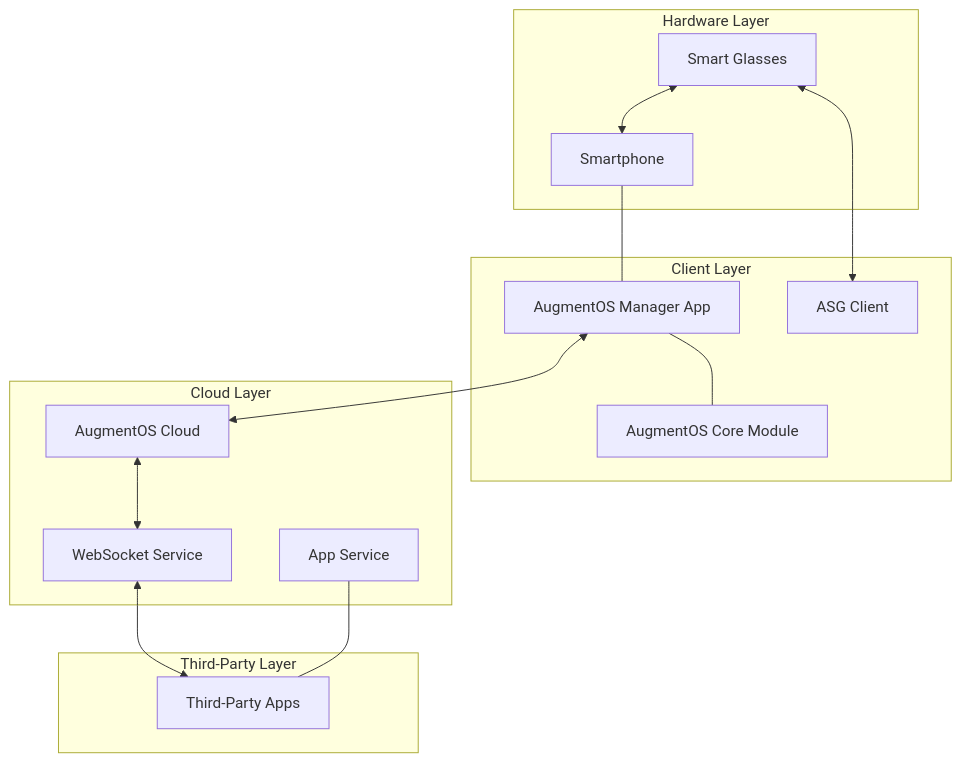
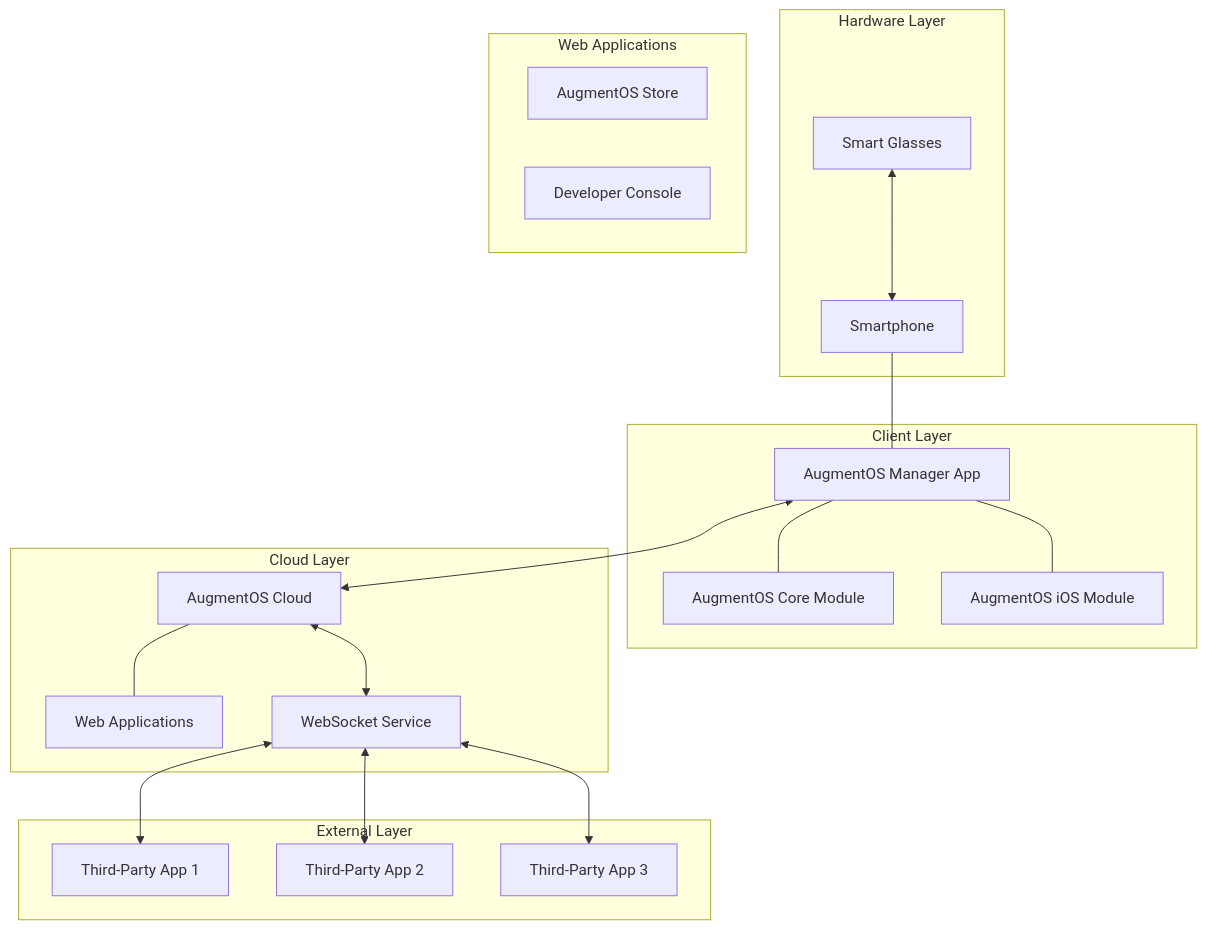
One commit to ebowwa/MentraOS changed the first of 2 diagrams in augmentos_docs/docs/contributing.md. Above: the diagram before and after it, drawn with Mermaid. The commit also changed other lines of this file and 32 other files, not shown here.

````diff
--- a/augmentos_docs/docs/contributing.md
+++ b/augmentos_docs/docs/contributing.md
@@ -17,32 +17,41 @@
 ```mermaid
 graph TD
     subgraph "Hardware Layer"
         SG[Smart Glasses]
         Phone[Smartphone]
     end
     
     subgraph "Client Layer"
         AOSManager[AugmentOS Manager App]
         AOSCore[AugmentOS Core Module]
-        ASGClient[ASG Client]
+        AOSiOS[AugmentOS iOS Module]
     end
     
     subgraph "Cloud Layer"
         AOSCloud[AugmentOS Cloud]
+        WebApps[Web Applications]
         WebSocket[WebSocket Service]
-        Apps[App Service]
     end
     
-    subgraph "Third-Party Layer"
-        TPAs[Third-Party Apps]
+    subgraph "Web Applications"
+        AppStore[AugmentOS Store]
+        DevConsole[Developer Console]
+    end
+    
+    subgraph "External Layer"
+        TPA1[Third-Party App 1]
+        TPA2[Third-Party App 2]
+        TPA3[Third-Party App 3]
     end
     
     SG <--> Phone
     Phone --- AOSManager
     AOSManager --- AOSCore
-    SG <--> ASGClient
+    AOSManager --- AOSiOS
     AOSManager <--> AOSCloud
+    AOSCloud --- WebApps
     AOSCloud <--> WebSocket
-    WebSocket <--> TPAs
-    Apps --- TPAs
+    WebSocket <--> TPA1
+    WebSocket <--> TPA2
+    WebSocket <--> TPA3
 ```
````
